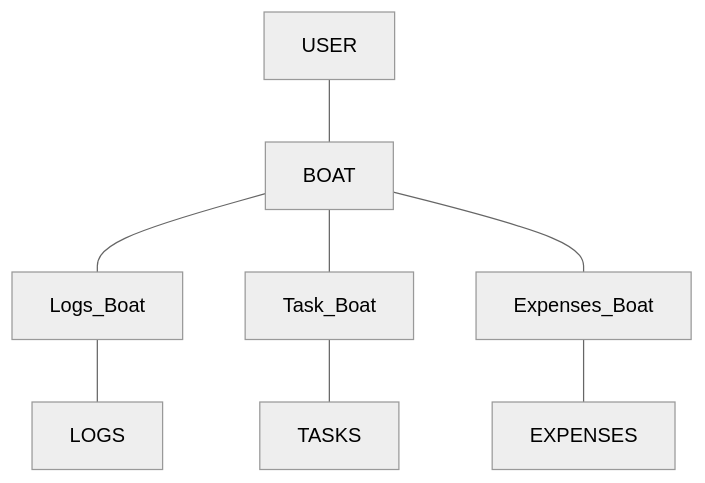
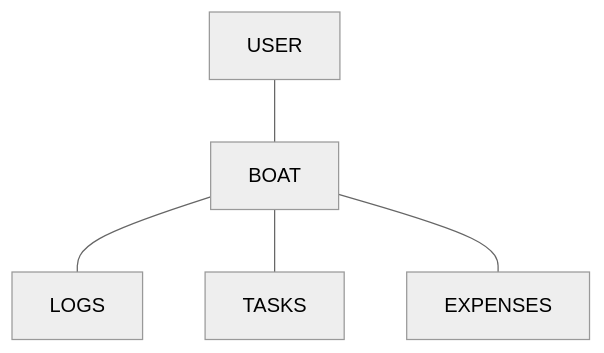
One commit to conorwaltersUno/BoatOwner changed the first of 2 diagrams in README.md. Above: the diagram before and after it, drawn with Mermaid (neutral theme).

Commit message:
ERD update #5

````diff
--- a/README.md
+++ b/README.md
@@ -19,10 +19,7 @@
 ```mermaid
 flowchart
  USER --- BOAT
- BOAT --- Logs_Boat
- BOAT --- Task_Boat
- BOAT --- Expenses_Boat
- Logs_Boat --- LOGS
- Task_Boat --- TASKS
- Expenses_Boat --- EXPENSES
+ BOAT --- LOGS
+ BOAT --- TASKS
+ BOAT --- EXPENSES
 ```
````
